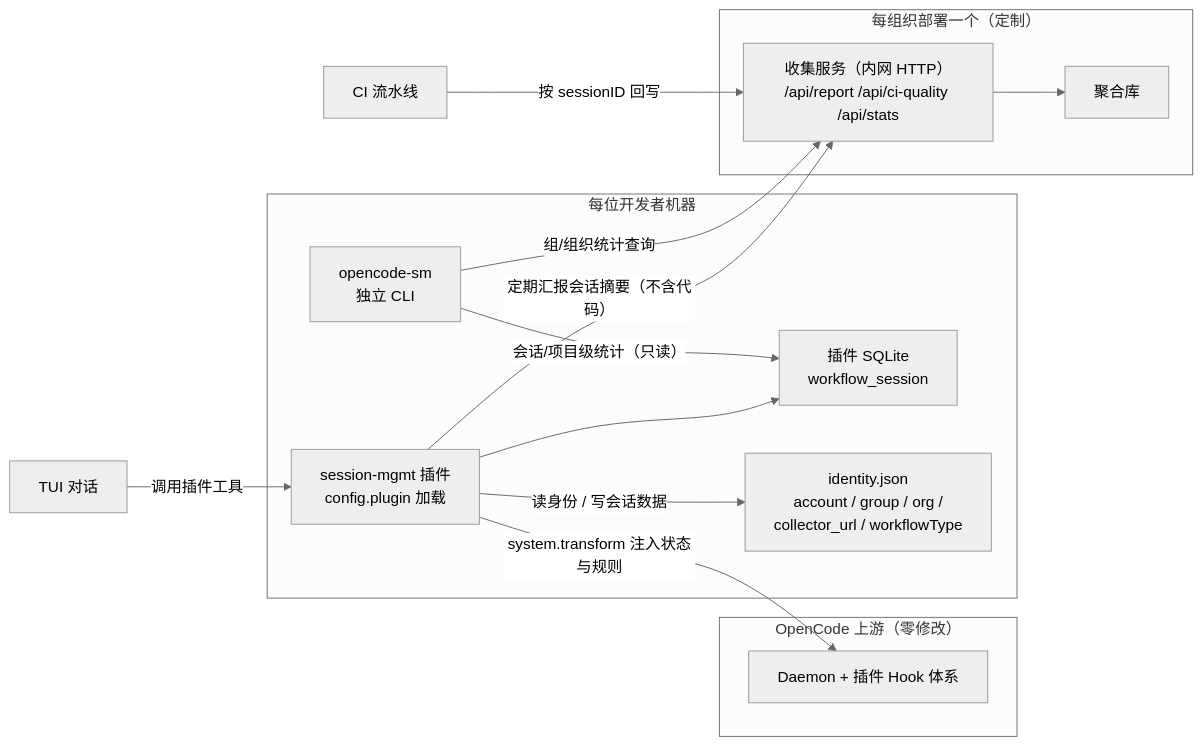
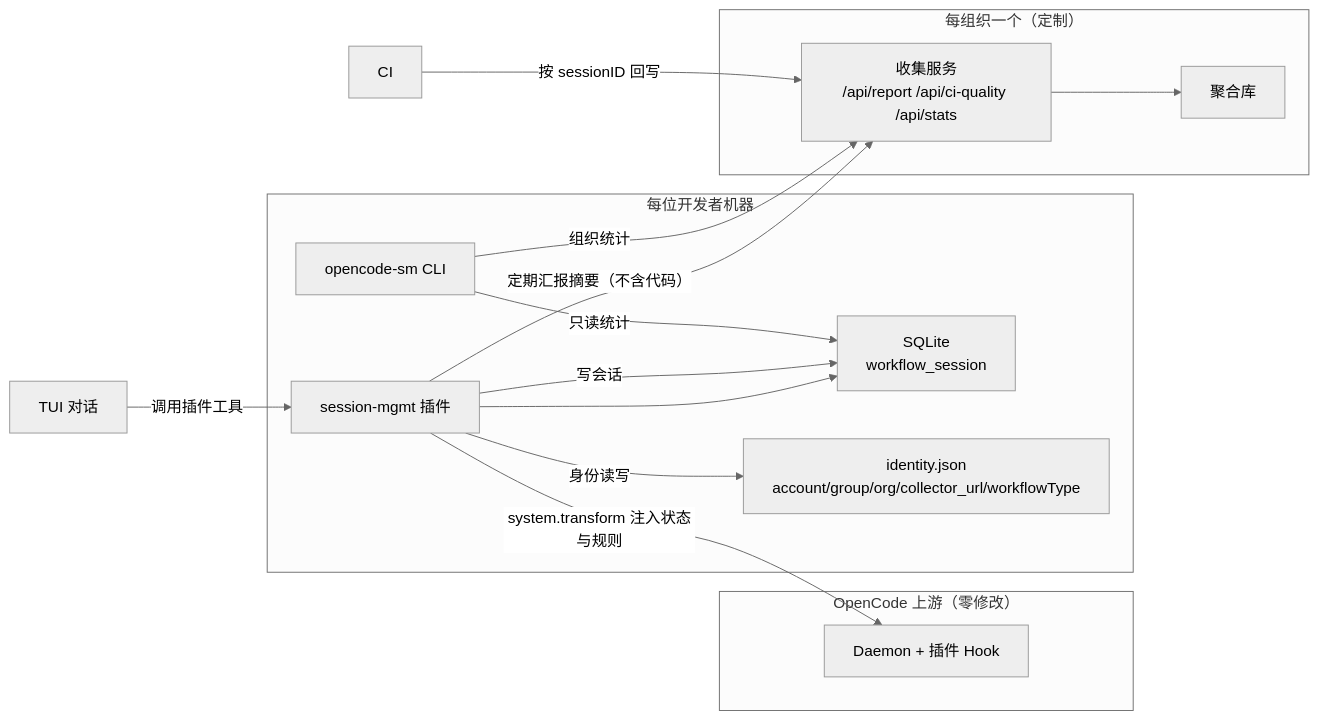
The fifth of 5 diagrams in 6. 银行研发智能助手技术说明书.md (wonglaitung/splan), drawn with Mermaid (neutral theme) before and after one commit. The commit also changed other lines of this file, not shown here.

````diff
--- a/6. 银行研发智能助手技术说明书.md
+++ b/6. 银行研发智能助手技术说明书.md
@@ -802,28 +372,24 @@
 ```mermaid
 flowchart LR
     subgraph Upstream["OpenCode 上游（零修改）"]
-        Daemon["Daemon + 插件 Hook 体系"]
+        Daemon["Daemon + 插件 Hook"]
     end
-
     subgraph Local["每位开发者机器"]
-        Plugin["session-mgmt 插件<br/>config.plugin 加载"]
-        PluginDB["插件 SQLite<br/>workflow_session"]
-        ID["identity.json<br/>account / group / org /<br/>collector_url / workflowType"]
-        SM["opencode-sm<br/>独立 CLI"]
+        Plugin["session-mgmt 插件"] --> PluginDB["SQLite<br/>workflow_session"]
+        ID["identity.json<br/>account/group/org/collector_url/workflowType"]
+        SM["opencode-sm CLI"]
     end
-
-    subgraph OrgSvc["每组织部署一个（定制）"]
-        Collector["收集服务（内网 HTTP）<br/>/api/report /api/ci-quality /api/stats"]
+    subgraph OrgSvc["每组织一个（定制）"]
+        Collector["收集服务<br/>/api/report /api/ci-quality /api/stats"]
         AggDB["聚合库"]
     end
-
-    TUI["TUI 对话"] -->|"调用插件工具"| Plugin
-    Plugin -->|"system.transform 注入状态与规则"| Daemon
-    Plugin -->|"读身份 / 写会话数据"| ID
-    Plugin --> PluginDB
-    Plugin -->|"定期汇报会话摘要（不含代码）"| Collector
+    TUI["TUI 对话"] -->|调用插件工具| Plugin
+    Plugin -->|system.transform 注入状态与规则| Daemon
+    Plugin -->|身份读写| ID
+    Plugin -->|写会话| PluginDB
+    Plugin -->|定期汇报摘要（不含代码）| Collector
     Collector --> AggDB
-    SM -->|"会话/项目级统计（只读）"| PluginDB
-    SM -->|"组/组织统计查询"| Collector
-    CI["CI 流水线"] -->|"按 sessionID 回写"| Collector
+    SM -->|只读统计| PluginDB
+    SM -->|组织统计| Collector
+    CI -->|按 sessionID 回写| Collector
 ```
````
